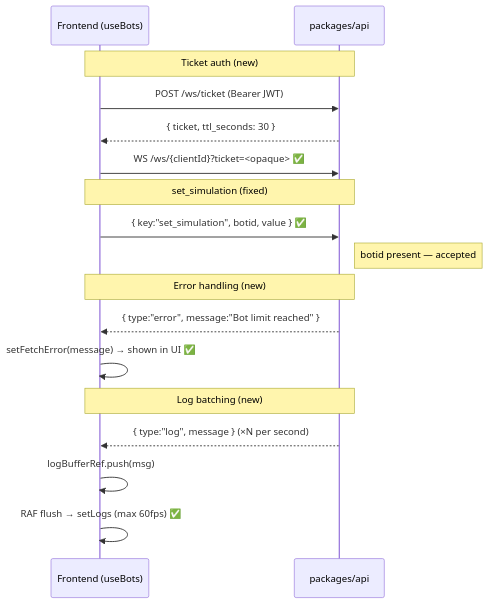
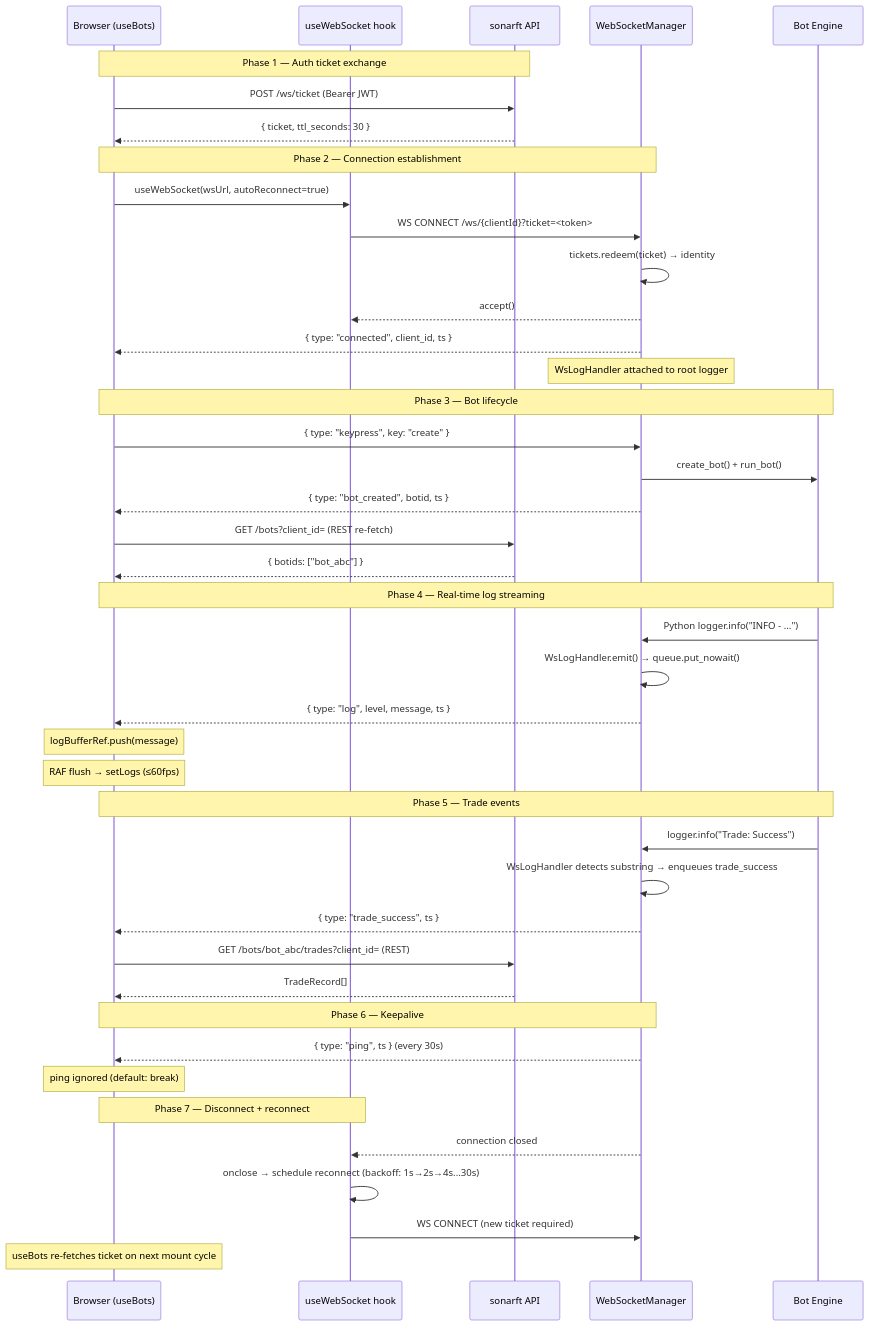
The diagram in packages/web/docs/real-time/websocket-integration.md (jreinaldodasilva/sonarft-monorepo), drawn with Mermaid before and after one commit. The commit also changed other lines of this file and 11 other files, not shown here.

First line of the commit message:
docs(web): complete 10-prompt AI-assisted code review cycle

````diff
--- a/packages/web/docs/real-time/websocket-integration.md
+++ b/packages/web/docs/real-time/websocket-integration.md
@@ -123,23 +608,51 @@
 ```mermaid
 sequenceDiagram
-    participant FE as Frontend (useBots)
-    participant API as packages/api
+    participant B as Browser (useBots)
+    participant WS as useWebSocket hook
+    participant API as sonarft API
+    participant MGR as WebSocketManager
+    participant BOT as Bot Engine
 
-    Note over FE,API: Ticket auth (new)
-    FE->>API: POST /ws/ticket (Bearer JWT)
-    API-->>FE: { ticket, ttl_seconds: 30 }
-    FE->>API: WS /ws/{clientId}?ticket=<opaque> ✅
+    Note over B,API: Phase 1 — Auth ticket exchange
+    B->>API: POST /ws/ticket (Bearer JWT)
+    API-->>B: { ticket, ttl_seconds: 30 }
 
-    Note over FE,API: set_simulation (fixed)
-    FE->>API: { key:"set_simulation", botid, value } ✅
-    Note right of API: botid present — accepted
+    Note over B,MGR: Phase 2 — Connection establishment
+    B->>WS: useWebSocket(wsUrl, autoReconnect=true)
+    WS->>MGR: WS CONNECT /ws/{clientId}?ticket=<token>
+    MGR->>MGR: tickets.redeem(ticket) → identity
+    MGR-->>WS: accept()
+    MGR-->>B: { type: "connected", client_id, ts }
+    Note over MGR: WsLogHandler attached to root logger
 
-    Note over FE,API: Error handling (new)
-    API-->>FE: { type:"error", message:"Bot limit reached" }
-    FE->>FE: setFetchError(message) → shown in UI ✅
+    Note over B,BOT: Phase 3 — Bot lifecycle
+    B->>MGR: { type: "keypress", key: "create" }
+    MGR->>BOT: create_bot() + run_bot()
+    MGR-->>B: { type: "bot_created", botid, ts }
+    B->>API: GET /bots?client_id= (REST re-fetch)
+    API-->>B: { botids: ["bot_abc"] }
 
-    Note over FE,API: Log batching (new)
-    API-->>FE: { type:"log", message } (×N per second)
-    FE->>FE: logBufferRef.push(msg)
-    FE->>FE: RAF flush → setLogs (max 60fps) ✅
+    Note over BOT,B: Phase 4 — Real-time log streaming
+    BOT->>MGR: Python logger.info("INFO - ...")
+    MGR->>MGR: WsLogHandler.emit() → queue.put_nowait()
+    MGR-->>B: { type: "log", level, message, ts }
+    Note over B: logBufferRef.push(message)
+    Note over B: RAF flush → setLogs (≤60fps)
+
+    Note over BOT,B: Phase 5 — Trade events
+    BOT->>MGR: logger.info("Trade: Success")
+    MGR->>MGR: WsLogHandler detects substring → enqueues trade_success
+    MGR-->>B: { type: "trade_success", ts }
+    B->>API: GET /bots/bot_abc/trades?client_id= (REST)
+    API-->>B: TradeRecord[]
+
+    Note over B,MGR: Phase 6 — Keepalive
+    MGR-->>B: { type: "ping", ts } (every 30s)
+    Note over B: ping ignored (default: break)
+
+    Note over B,WS: Phase 7 — Disconnect + reconnect
+    MGR-->>WS: connection closed
+    WS->>WS: onclose → schedule reconnect (backoff: 1s→2s→4s...30s)
+    WS->>MGR: WS CONNECT (new ticket required)
+    Note over B: useBots re-fetches ticket on next mount cycle
 ```
````
